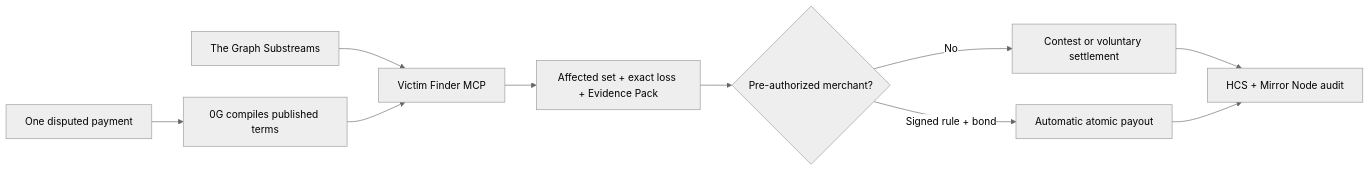
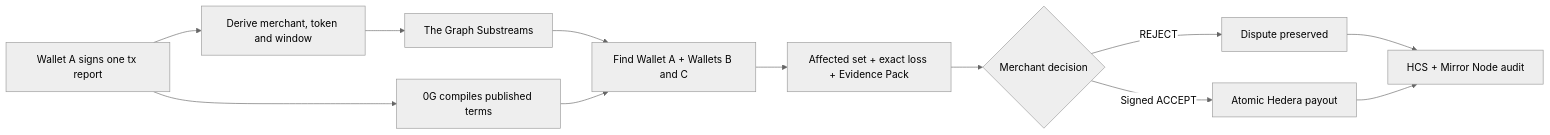
Before and after one commit to jstmepedr0/ETH-Global-2026: the diagram in README.md, drawn with Mermaid (neutral theme). The commit also changed other lines of this file and 4 other files, not shown here.

````diff
--- a/README.md
+++ b/README.md
@@ -108,12 +129,14 @@
 ```mermaid
 flowchart LR
-  D["One disputed payment"] --> C["0G compiles published terms"]
-  G["The Graph Substreams"] --> V["Victim Finder MCP"]
+  D["Wallet A signs one tx report"] --> S["Derive merchant, token and window"]
+  S --> G["The Graph Substreams"]
+  D --> C["0G compiles published terms"]
+  G --> V["Find Wallet A + Wallets B and C"]
   C --> V
   V --> I["Affected set + exact loss + Evidence Pack"]
-  I --> Q{"Pre-authorized merchant?"}
-  Q -->|"No"| U["Contest or voluntary settlement"]
-  Q -->|"Signed rule + bond"| P["Automatic atomic payout"]
-  U --> H["HCS + Mirror Node audit"]
+  I --> Q{"Merchant decision"}
+  Q -->|"REJECT"| R["Dispute preserved"]
+  Q -->|"Signed ACCEPT"| P["Atomic Hedera payout"]
+  R --> H["HCS + Mirror Node audit"]
   P --> H
 ```
````
